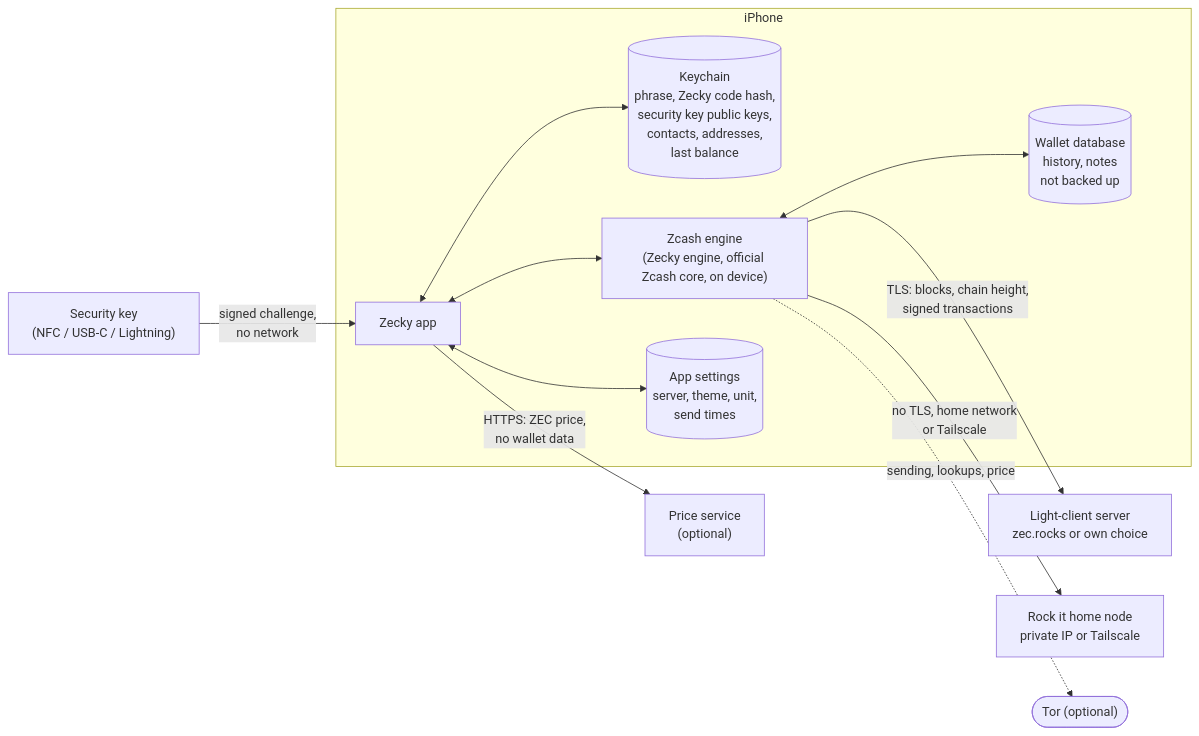
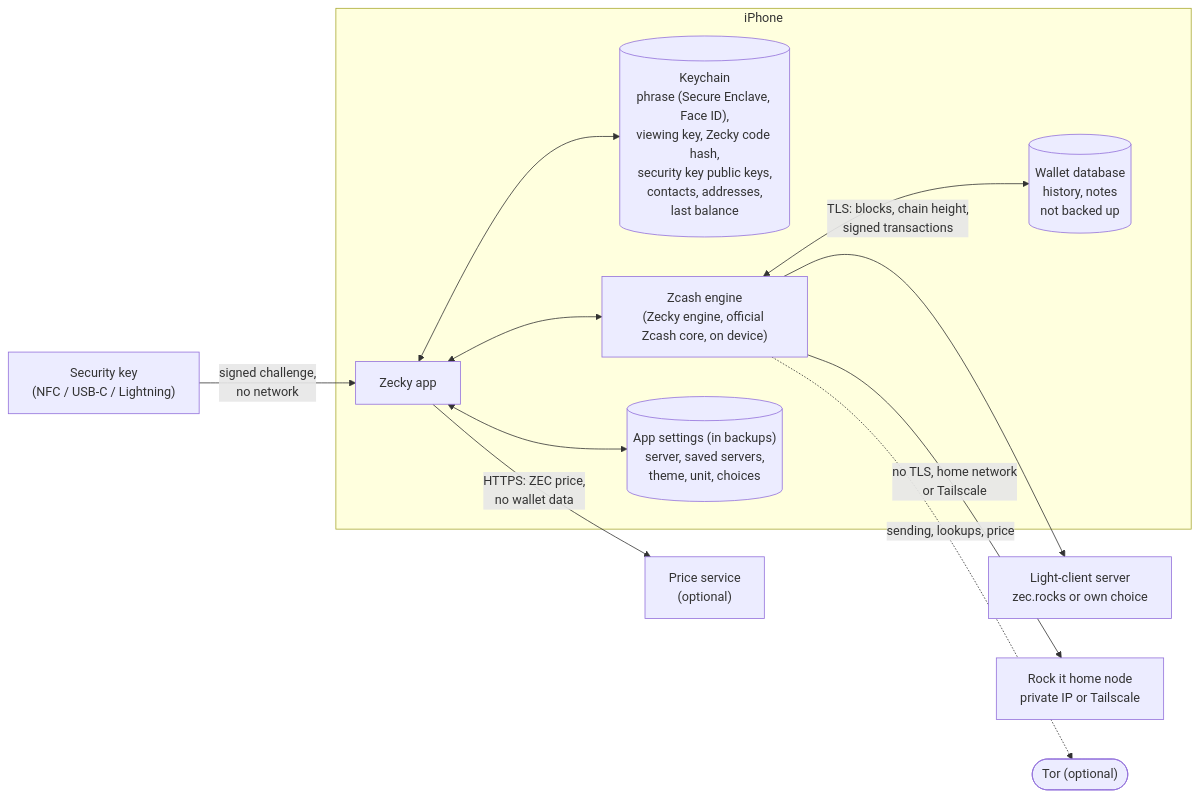
One commit to zecky-app/zecky-lock-it changed the diagram in docs/THREAT_MODEL.md. Above: the diagram before and after it, drawn with Mermaid. The commit also changed other lines of this file and 100 other files, not shown here.

First line of the commit message:
Zecky Lock it 0.0.19 (23), public source

````diff
--- a/docs/THREAT_MODEL.md
+++ b/docs/THREAT_MODEL.md
@@ -182,24 +246,24 @@
 ```mermaid
 flowchart LR
   subgraph Phone["iPhone"]
-    K[("Keychain<br/>phrase, Zecky code hash,<br/>security key public keys,<br/>contacts, addresses,<br/>last balance")]
+    K[("Keychain<br/>phrase (Secure Enclave, Face ID),<br/>viewing key, Zecky code hash,<br/>security key public keys,<br/>contacts, addresses,<br/>last balance")]
     A["Zecky app"]
     E["Zcash engine<br/>(Zecky engine, official Zcash core, on device)"]
     D[("Wallet database<br/>history, notes<br/>not backed up")]
-    S[("App settings<br/>server, theme, unit,<br/>send times")]
+    S[("App settings (in backups)<br/>server, saved servers,<br/>theme, unit, choices")]
     A <--> K
     A <--> S
     A <--> E
     E <--> D
   end
   Y["Security key<br/>(NFC / USB-C / Lightning)"]
   Y -- "signed challenge,<br/>no network" --> A
   L["Light-client server<br/>zec.rocks or own choice"]
   R["Rock it home node<br/>private IP or Tailscale"]
   P["Price service<br/>(optional)"]
   T(["Tor (optional)"])
   E -- "TLS: blocks, chain height,<br/>signed transactions" --> L
   E -- "no TLS, home network<br/>or Tailscale" --> R
   A -- "HTTPS: ZEC price,<br/>no wallet data" --> P
   E -. "sending, lookups, price" .-> T
 ```
````
